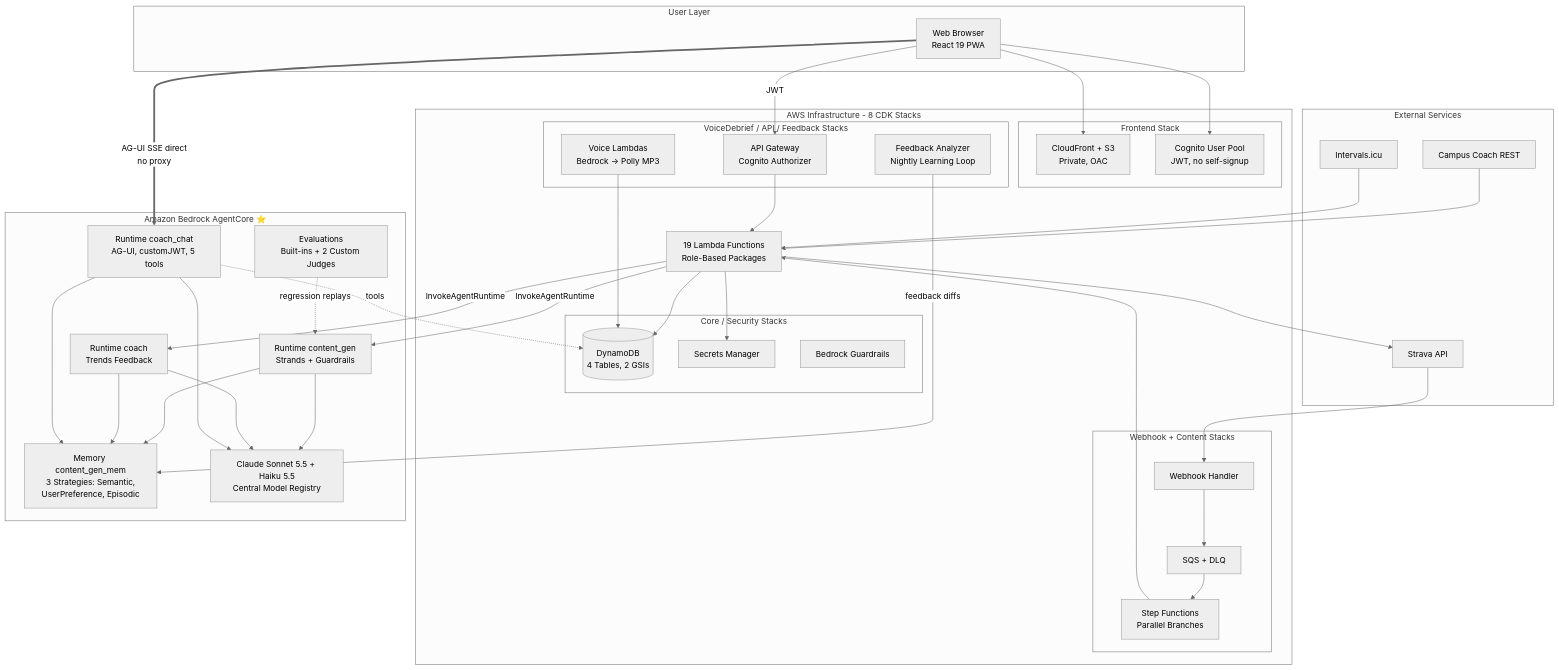
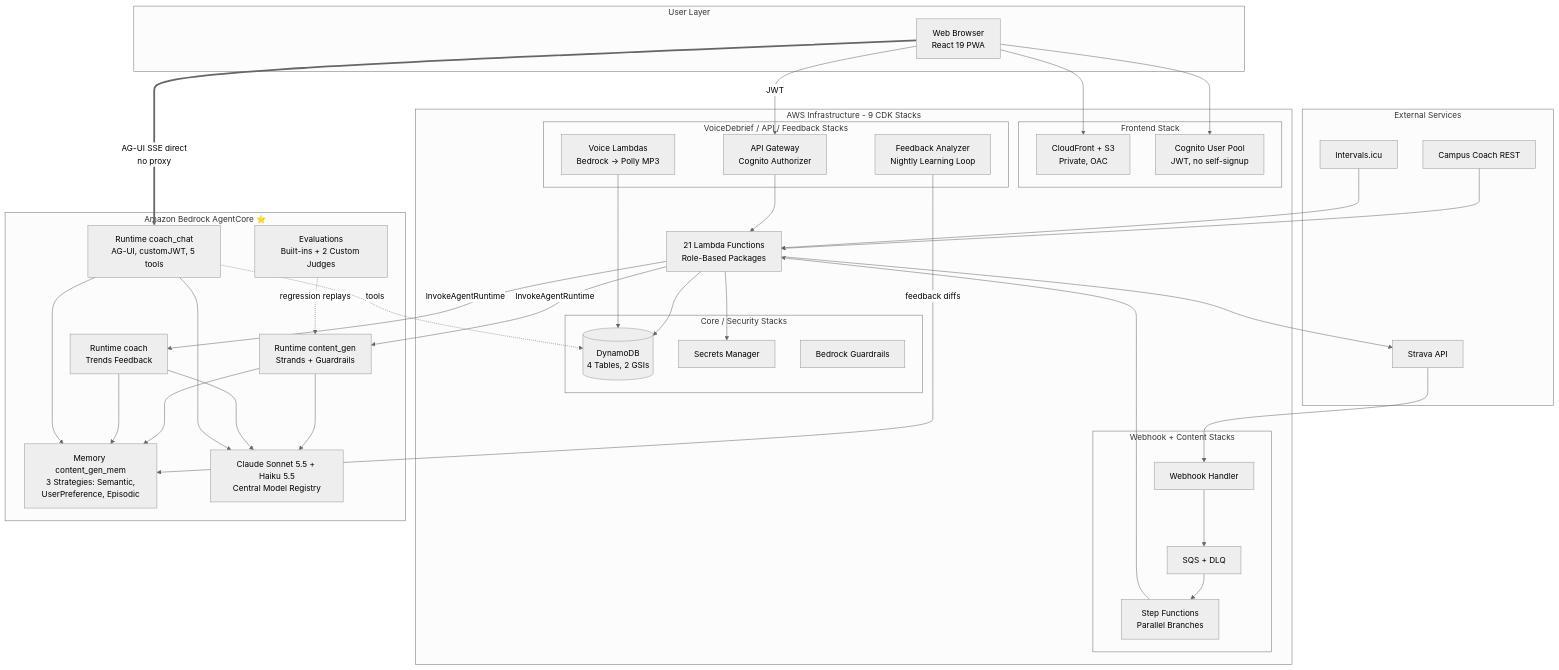
The first of 2 diagrams in README.md (el-pedrito/strava-ai-boost), drawn with Mermaid (neutral theme) before and after one commit. The commit also changed other lines of this file and 6 other files, not shown here.

````diff
--- a/README.md
+++ b/README.md
@@ -283,76 +347,76 @@
 ```mermaid
 graph TB
     subgraph "User Layer"
         Browser[Web Browser<br/>React 19 PWA]
     end
 
-    subgraph "AWS Infrastructure - 8 CDK Stacks"
+    subgraph "AWS Infrastructure - 9 CDK Stacks"
         subgraph "Frontend Stack"
             CF[CloudFront + S3<br/>Private, OAC]
             Cognito[Cognito User Pool<br/>JWT, no self-signup]
         end
 
         subgraph "Core / Security Stacks"
             DDB[(DynamoDB<br/>4 Tables, 2 GSIs)]
             Secrets[Secrets Manager]
             Guardrails[Bedrock Guardrails]
         end
 
         subgraph "Webhook + Content Stacks"
             WebhookAPI[Webhook Handler]
             SQS[SQS + DLQ]
             SF[Step Functions<br/>Parallel Branches]
         end
 
         subgraph "VoiceDebrief / API / Feedback Stacks"
             Voice[Voice Lambdas<br/>Bedrock → Polly MP3]
             APIGW[API Gateway<br/>Cognito Authorizer]
             FB[Feedback Analyzer<br/>Nightly Learning Loop]
         end
 
-        Lambdas[19 Lambda Functions<br/>Role-Based Packages]
+        Lambdas[21 Lambda Functions<br/>Role-Based Packages]
     end
 
     subgraph "Amazon Bedrock AgentCore ⭐"
         RTContent[Runtime content_gen<br/>Strands + Guardrails]
         RTCoach[Runtime coach<br/>Trends Feedback]
         RTChat[Runtime coach_chat<br/>AG-UI, customJWT, 5 tools]
         Memory[Memory content_gen_mem<br/>3 Strategies: Semantic,<br/>UserPreference, Episodic]
         Evals[Evaluations<br/>Built-ins + 2 Custom Judges]
         Bedrock[Claude Sonnet 5.5 + Haiku 5.5<br/>Central Model Registry]
     end
 
     subgraph "External Services"
         Strava[Strava API]
         Campus[Campus Coach REST]
         ICU[Intervals.icu]
     end
 
     Browser --> CF
     Browser --> Cognito
     Browser -->|JWT| APIGW
     Browser ==>|AG-UI SSE direct<br/>no proxy| RTChat
     APIGW --> Lambdas
     Lambdas --> DDB
     Lambdas --> Secrets
 
     Strava --> WebhookAPI
     WebhookAPI --> SQS
     SQS --> SF
     SF --> Lambdas
     Lambdas -->|InvokeAgentRuntime| RTContent
     Lambdas -->|InvokeAgentRuntime| RTCoach
     RTContent --> Memory
     RTCoach --> Memory
     RTChat --> Memory
     RTChat -.->|tools| DDB
     RTContent --> Bedrock
     RTCoach --> Bedrock
     RTChat --> Bedrock
     Evals -.->|regression replays| RTContent
     FB -->|feedback diffs| Memory
     Lambdas --> Strava
     Campus --> Lambdas
     ICU --> Lambdas
     Voice --> DDB
 ```
````
